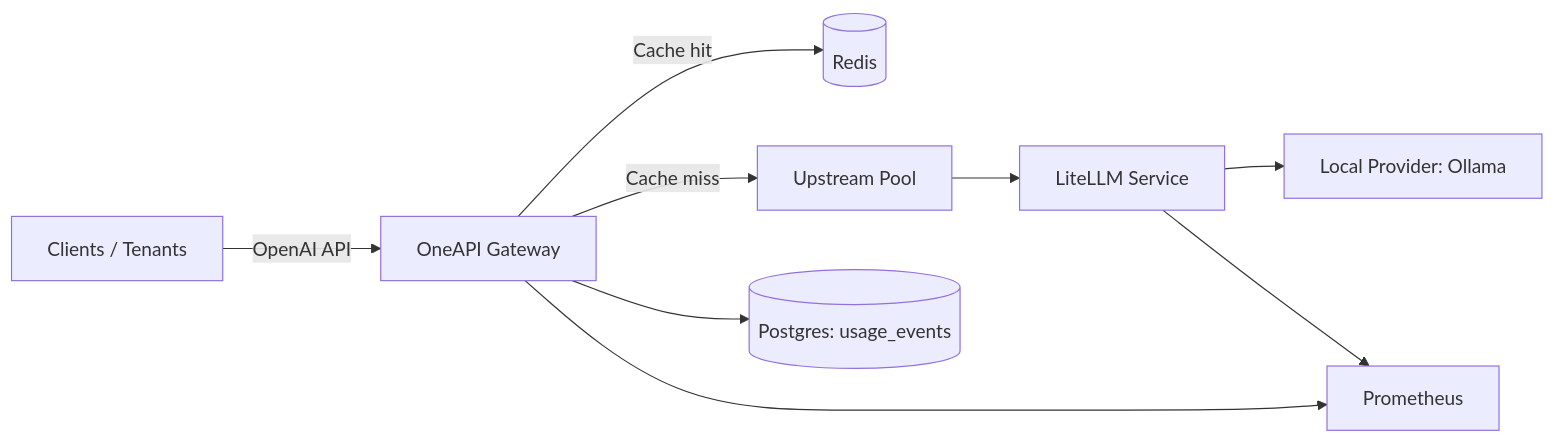
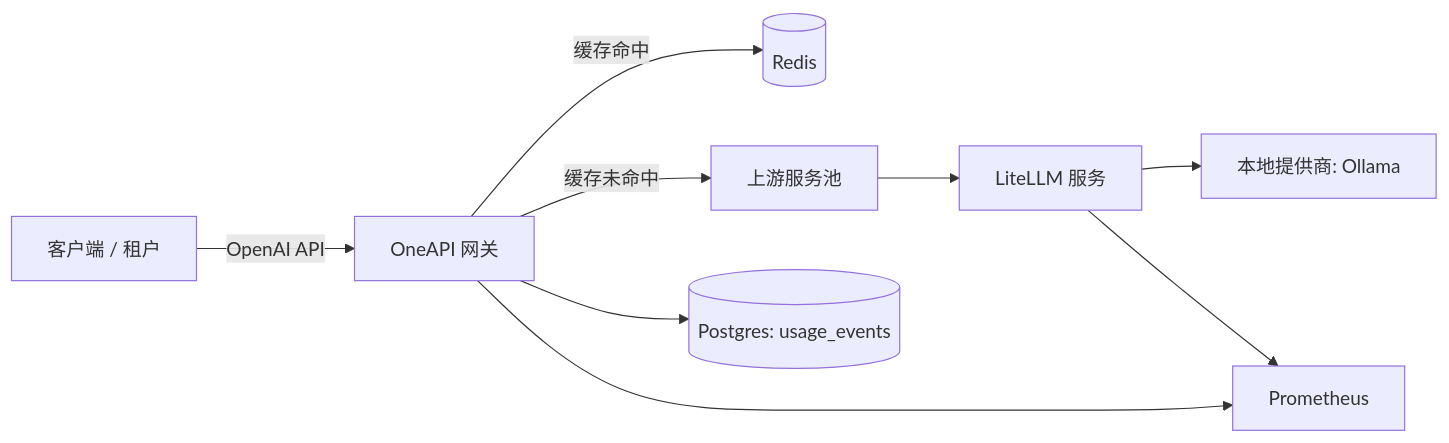
The diagram in docs/architecture.md (EasyIndie/EasyAI), drawn with Mermaid before and after one commit. The commit also changed other lines of this file and 1 other file, not shown here.

````diff
--- a/docs/architecture.md
+++ b/docs/architecture.md
@@ -28,11 +28,11 @@
 ```mermaid
 flowchart LR
-  C[Clients / Tenants] -->|OpenAI API| G[OneAPI Gateway]
-  G -->|Cache hit| R[(Redis)]
-  G -->|Cache miss| LB[Upstream Pool]
-  LB --> L[LiteLLM Service]
-  L --> O[Local Provider: Ollama]
+  C[客户端 / 租户] -->|OpenAI API| G[OneAPI 网关]
+  G -->|缓存命中| R[(Redis)]
+  G -->|缓存未命中| LB[上游服务池]
+  LB --> L[LiteLLM 服务]
+  L --> O[本地提供商: Ollama]
   G --> P[(Postgres: usage_events)]
   G --> M[Prometheus]
   L --> M
 ```
````
